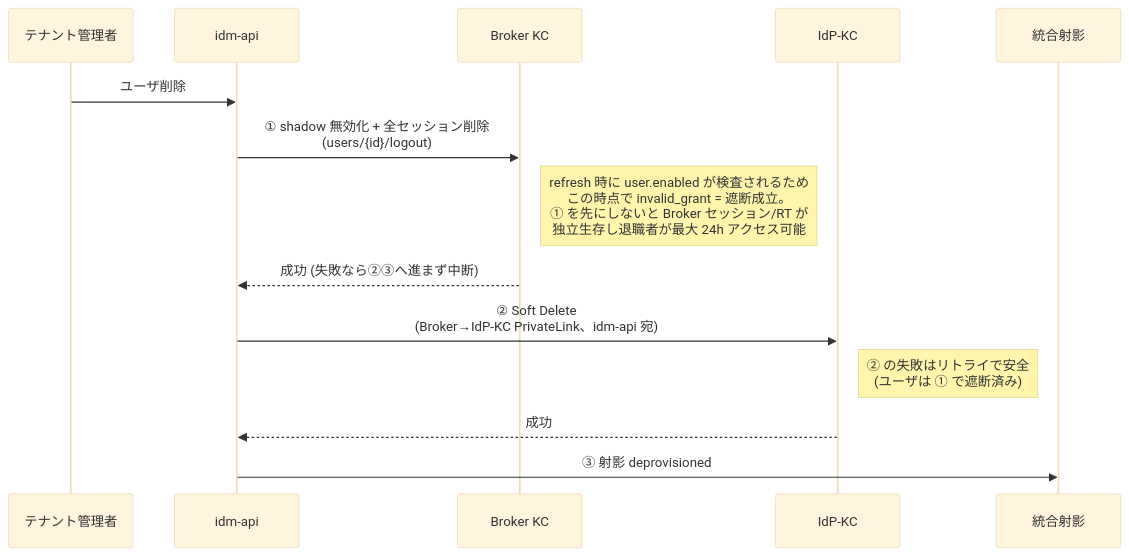
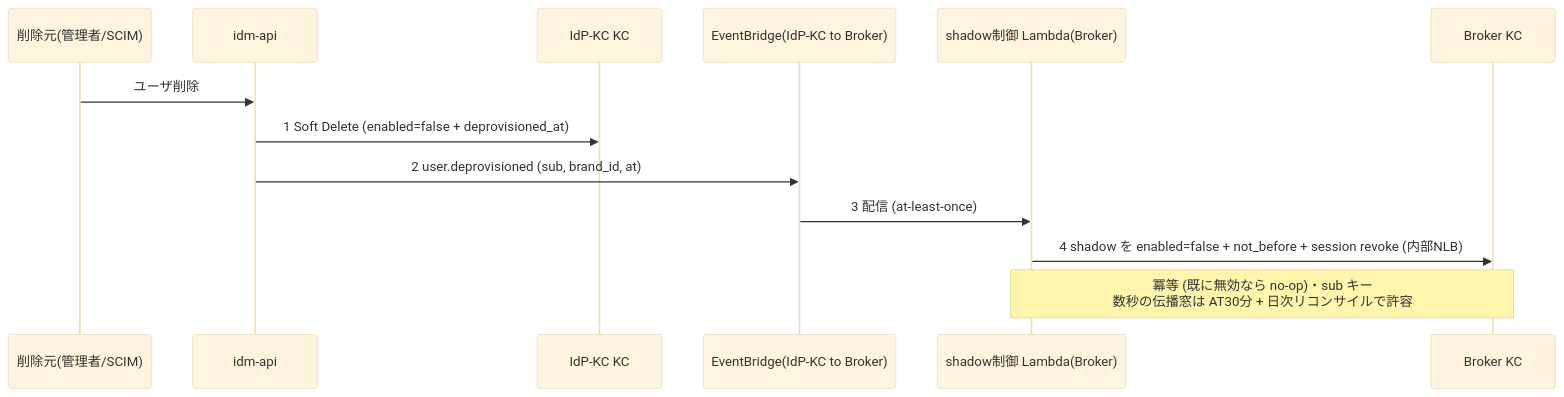
Before and after one commit to suepie/aws-atuh-poc: the fourth of 4 diagrams in doc/basic-design/03-identity-provisioning-design.md, drawn with Mermaid (base theme). The commit also changed other lines of this file and 5 other files, not shown here.

````diff
--- a/doc/basic-design/03-identity-provisioning-design.md
+++ b/doc/basic-design/03-identity-provisioning-design.md
@@ -464,16 +466,15 @@
 ```mermaid
 sequenceDiagram
-    participant TA as テナント管理者
-    participant API as idm-api
+    participant SRC as 削除元(管理者/SCIM)
+    participant A2 as idm-api #2 (ブランド/IdP-KC)
+    participant IK as IdP-KC KC
+    participant EB as EventBridge(IdP-KC to Broker)
+    participant SH as shadow制御 Lambda(Broker)
     participant BK as Broker KC
-    participant IK as IdP-KC
-    participant PJ as 統合射影
-    TA->>API: ユーザ削除
-    API->>BK: ① shadow 無効化 + 全セッション削除<br/>(users/{id}/logout)
-    Note right of BK: refresh 時に user.enabled が検査されるため<br/>この時点で invalid_grant = 遮断成立。<br/>① を先にしないと Broker セッション/RT が<br/>独立生存し退職者が最大 24h アクセス可能
-    BK-->>API: 成功 (失敗なら②③へ進まず中断)
-    API->>IK: ② Soft Delete<br/>(Broker→IdP-KC PrivateLink、idm-api 宛)
-    Note right of IK: ② の失敗はリトライで安全<br/>(ユーザは ① で遮断済み)
-    IK-->>API: 成功
-    API->>PJ: ③ 射影 deprovisioned
+    SRC->>A2: ユーザ削除
+    A2->>IK: 1 Soft Delete (enabled=false + deprovisioned_at)
+    A2->>EB: 2 user.deprovisioned (sub, brand_id, at)
+    EB->>SH: 3 配信 (at-least-once)
+    SH->>BK: 4 shadow を enabled=false + not_before + session revoke (内部NLB)
+    Note over SH,BK: 冪等 (既に無効なら no-op)・sub キー<br/>数秒の伝播窓は AT30分 + 日次リコンサイルで許容
 ```
````
